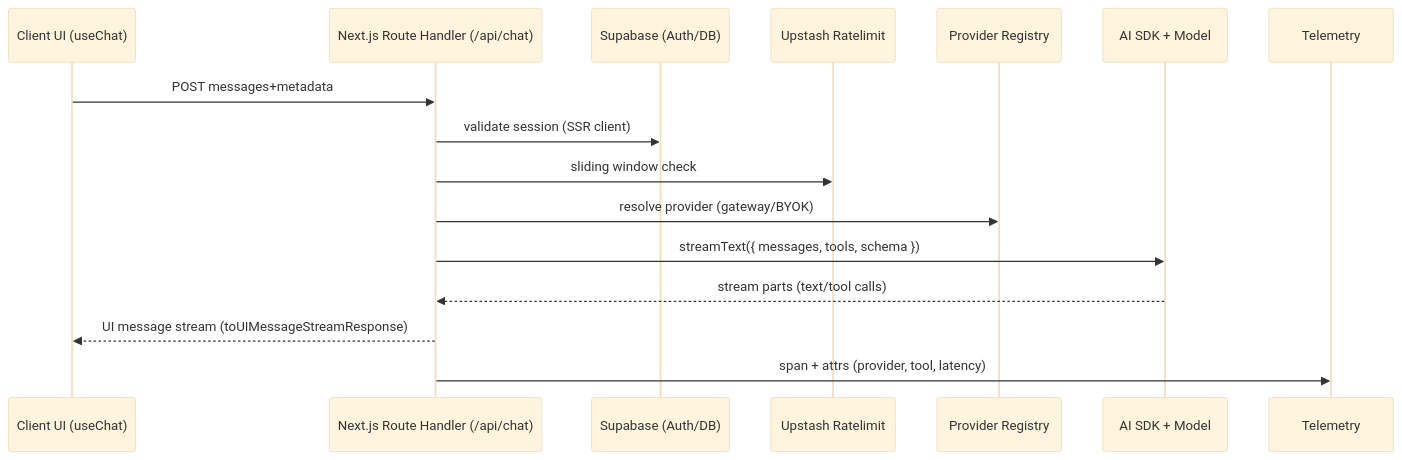
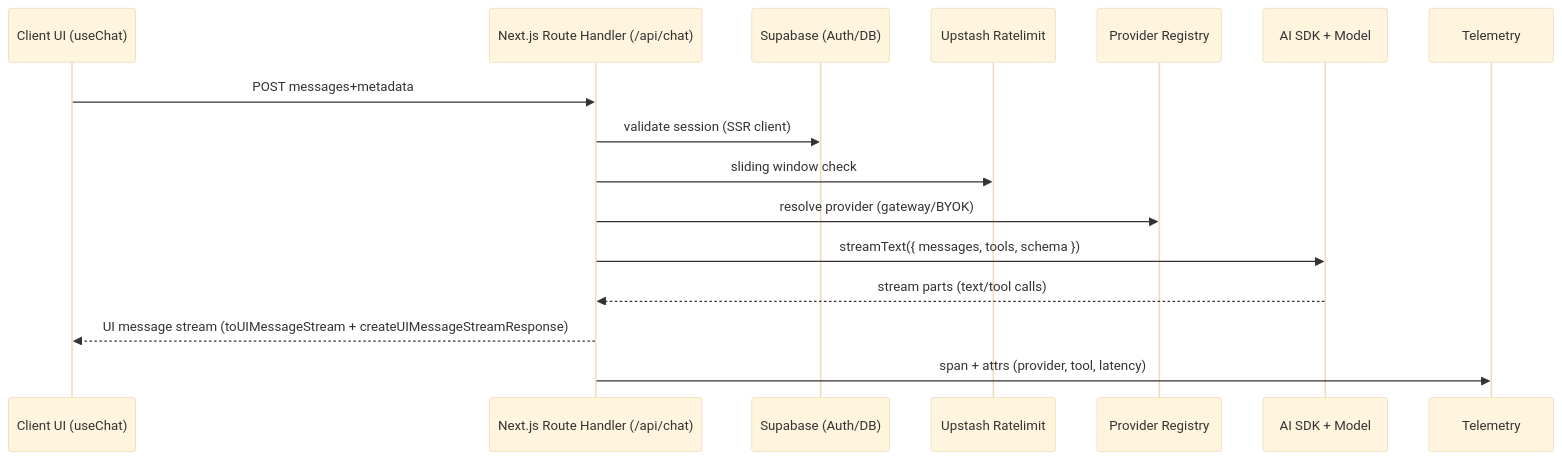
The second of 3 diagrams in docs/architecture/system-overview.md (BjornMelin/tripsage-ai), drawn with Mermaid (base theme) before and after one commit. The commit also changed other lines of this file and 44 other files, not shown here.

Commit message:
docs(ai): align v7 architecture and operations

````diff
--- a/docs/architecture/system-overview.md
+++ b/docs/architecture/system-overview.md
@@ -103,19 +107,19 @@
 ```mermaid
 sequenceDiagram
     participant UI as Client UI (useChat)
     participant RH as Next.js Route Handler (/api/chat)
     participant SUPA as Supabase (Auth/DB)
     participant RL as Upstash Ratelimit
     participant REG as Provider Registry
     participant LLM as AI SDK + Model
     participant OBS as Telemetry
 
     UI->>RH: POST messages+metadata
     RH->>SUPA: validate session (SSR client)
     RH->>RL: sliding window check
     RH->>REG: resolve provider (gateway/BYOK)
     RH->>LLM: streamText({ messages, tools, schema })
     LLM-->>RH: stream parts (text/tool calls)
-    RH-->>UI: UI message stream (toUIMessageStreamResponse)
+    RH-->>UI: UI message stream (toUIMessageStream + createUIMessageStreamResponse)
     RH->>OBS: span + attrs (provider, tool, latency)
 ```
````
